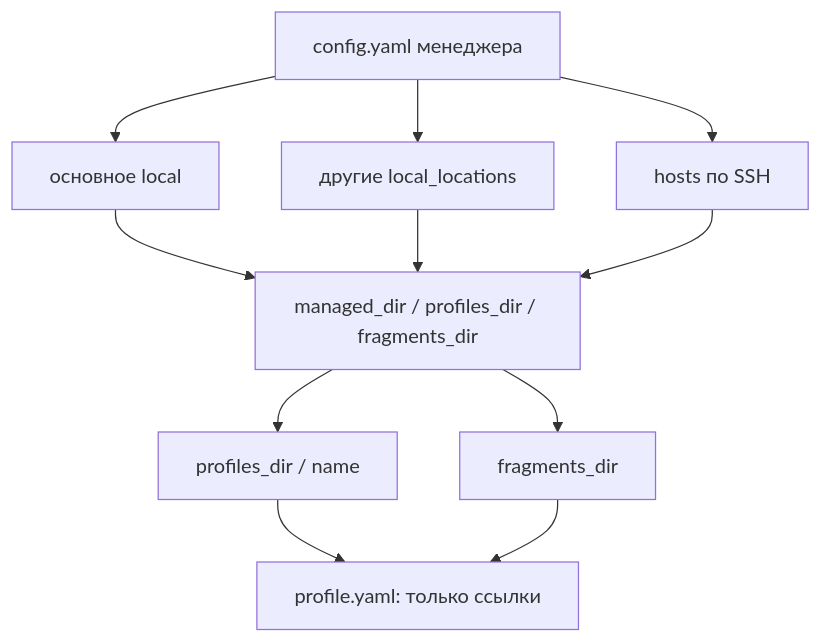
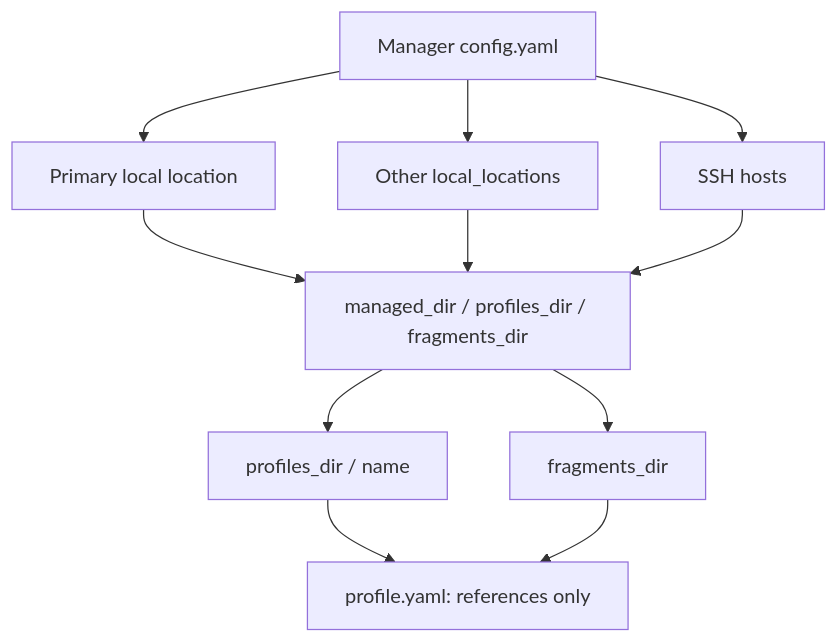
Before and after one commit to RuBAN-GT/hermes-profile-cli: the first of 2 diagrams in README.md, drawn with Mermaid. The commit also changed other lines of this file, not shown here.

````diff
--- a/README.md
+++ b/README.md
@@ -94,14 +92,14 @@
 ```mermaid
 flowchart TD
-  cfg["config.yaml менеджера"]
-  cfg --> local["основное local"]
-  cfg --> extra["другие local_locations"]
-  cfg --> ssh["hosts по SSH"]
+  cfg["Manager config.yaml"]
+  cfg --> local["Primary local location"]
+  cfg --> extra["Other local_locations"]
+  cfg --> ssh["SSH hosts"]
   local --> roots["managed_dir / profiles_dir / fragments_dir"]
   extra --> roots
   ssh --> roots
   roots --> profiles["profiles_dir / name"]
   roots --> fragments["fragments_dir"]
-  profiles --> profile["profile.yaml: только ссылки"]
+  profiles --> profile["profile.yaml: references only"]
   fragments --> profile
 ```
````
